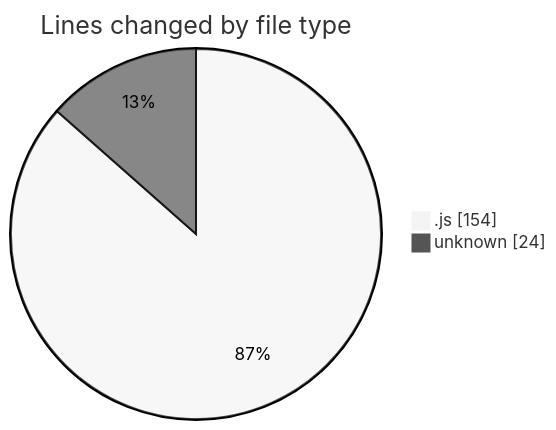
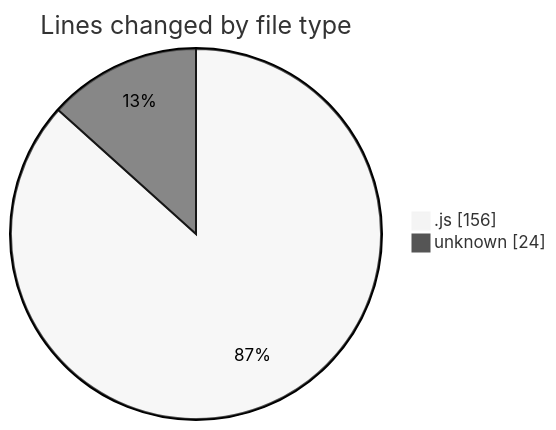
One commit to momahboobian/code-tracking changed the first of 2 diagrams in 2025-02-05/cda/README.md. Above: the diagram before and after it, drawn with Mermaid (neutral theme). The commit also changed other lines of this file and 1 other file, not shown here.

````diff
--- a/2025-02-05/cda/README.md
+++ b/2025-02-05/cda/README.md
@@ -25,6 +25,6 @@
 ```mermaid
 pie showData
 title Lines changed by file type
-".js" : 154
+".js" : 156
 "unknown" : 24
 ```
````
